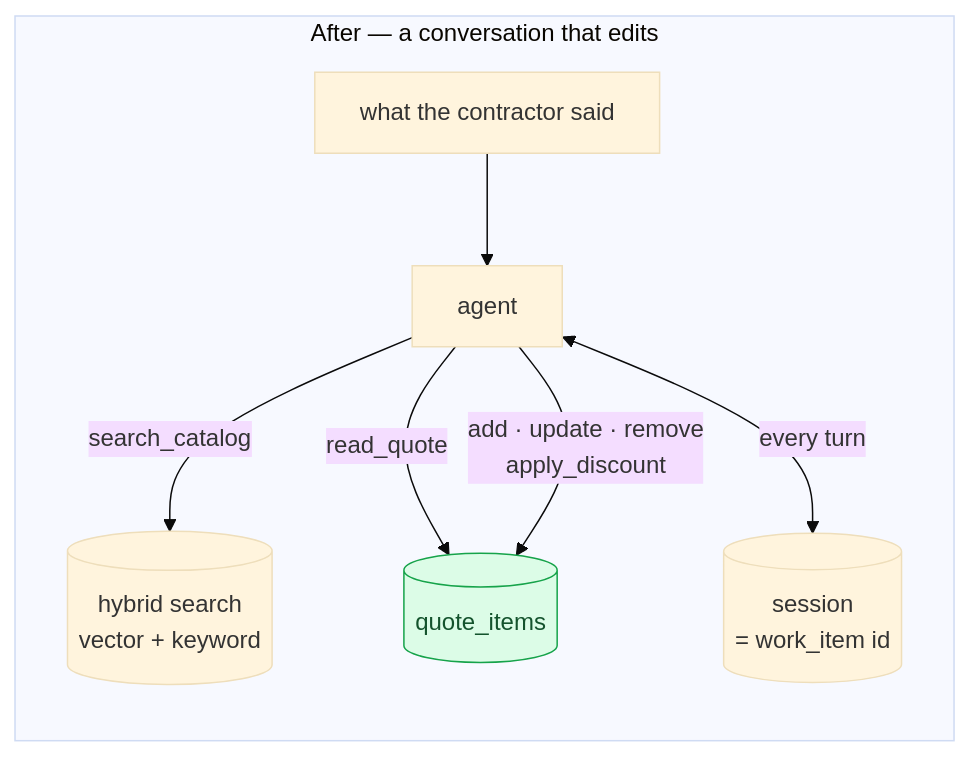
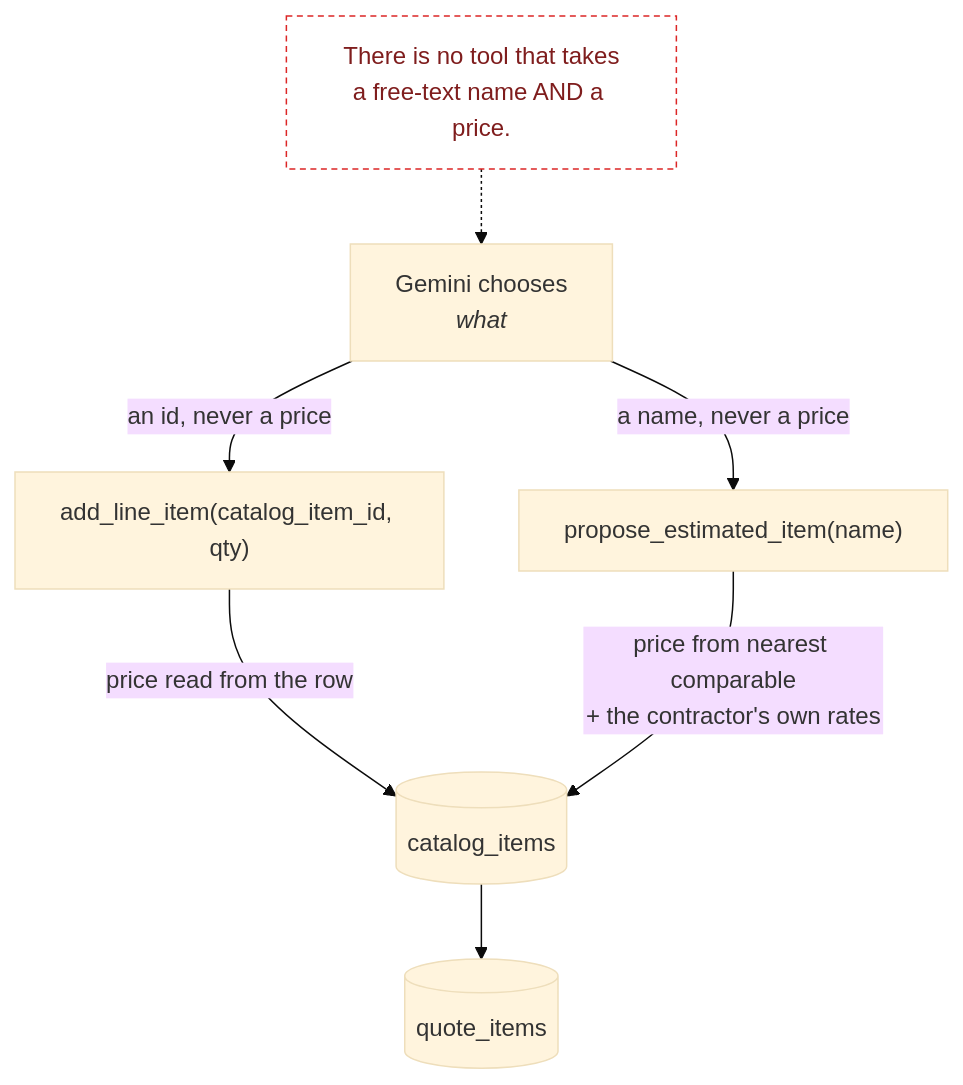
One commit to dipenvekaria/quotepro changed the sixth of 7 diagrams in docs/ARCHITECTURE_DIAGRAM.md. Above: the diagram before and after it, drawn with Mermaid (base theme). The commit also changed other lines of this file, not shown here.

First line of the commit message:
docs: redraw the AI architecture with real data flow

````diff
--- a/docs/ARCHITECTURE_DIAGRAM.md
+++ b/docs/ARCHITECTURE_DIAGRAM.md
@@ -99,12 +258,19 @@
 ```mermaid
-graph LR
-    subgraph after["After — a conversation that edits"]
-        A1["what the contractor said"] --> A2["agent"]
-        A2 -->|"search_catalog"| A3[("hybrid search<br/>vector + keyword")]
-        A2 -->|"read_quote"| A4[("quote_items")]
-        A2 -->|"add · update · remove<br/>apply_discount"| A4
-        A2 <-->|"every turn"| A5[("session<br/>= work_item id")]
-    end
+graph TB
+    MODEL["Gemini chooses<br/><i>what</i>"]
+    ADD["add_line_item(catalog_item_id, qty)"]
+    EST["propose_estimated_item(name)"]
+    CAT[("catalog_items")]
+    QI[("quote_items")]
 
-    style A4 fill:#dcfce7,stroke:#16a34a,color:#14532d
+    MODEL -->|"an id, never a price"| ADD
+    MODEL -->|"a name, never a price"| EST
+    ADD -->|"price read from the row"| CAT
+    EST -->|"price from nearest comparable<br/>+ the contractor's own rates"| CAT
+    CAT --> QI
+
+    NONE["There is no tool that takes<br/>a free-text name AND a price."]
+    NONE -.-> MODEL
+
+    style NONE fill:#fff,stroke:#dc2626,color:#7f1d1d,stroke-dasharray:4 3
 ```
````
